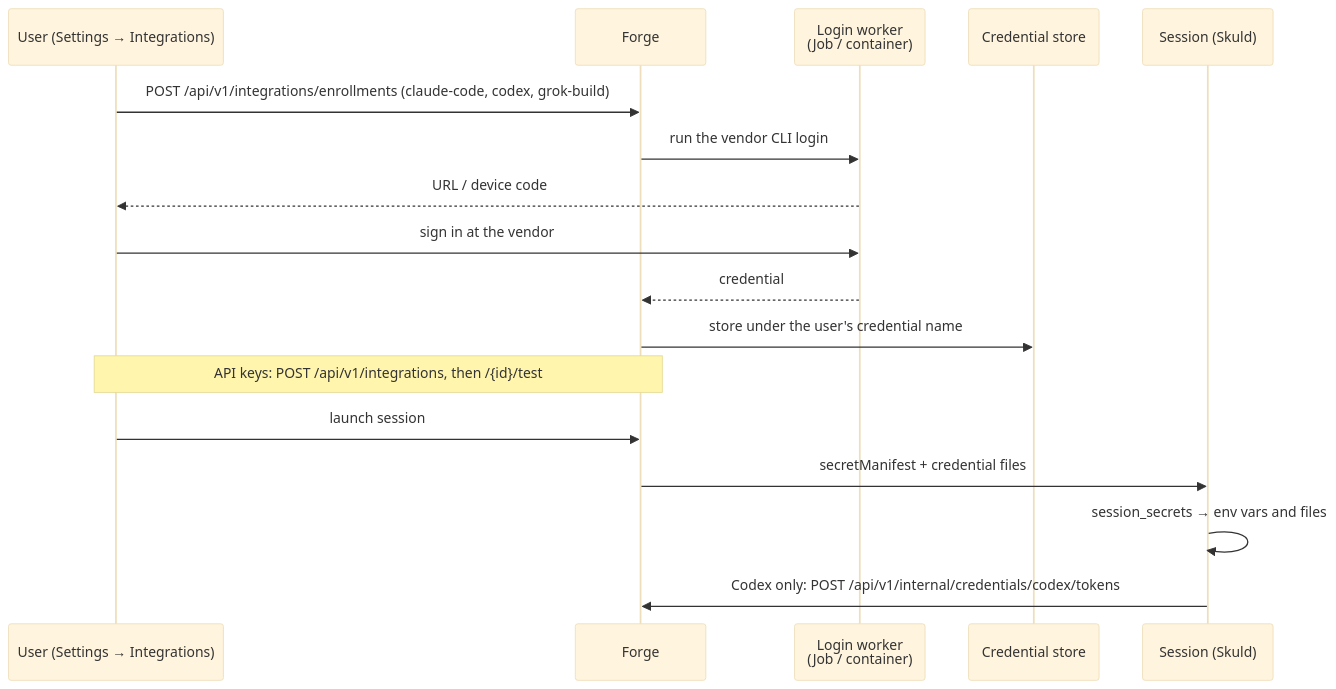
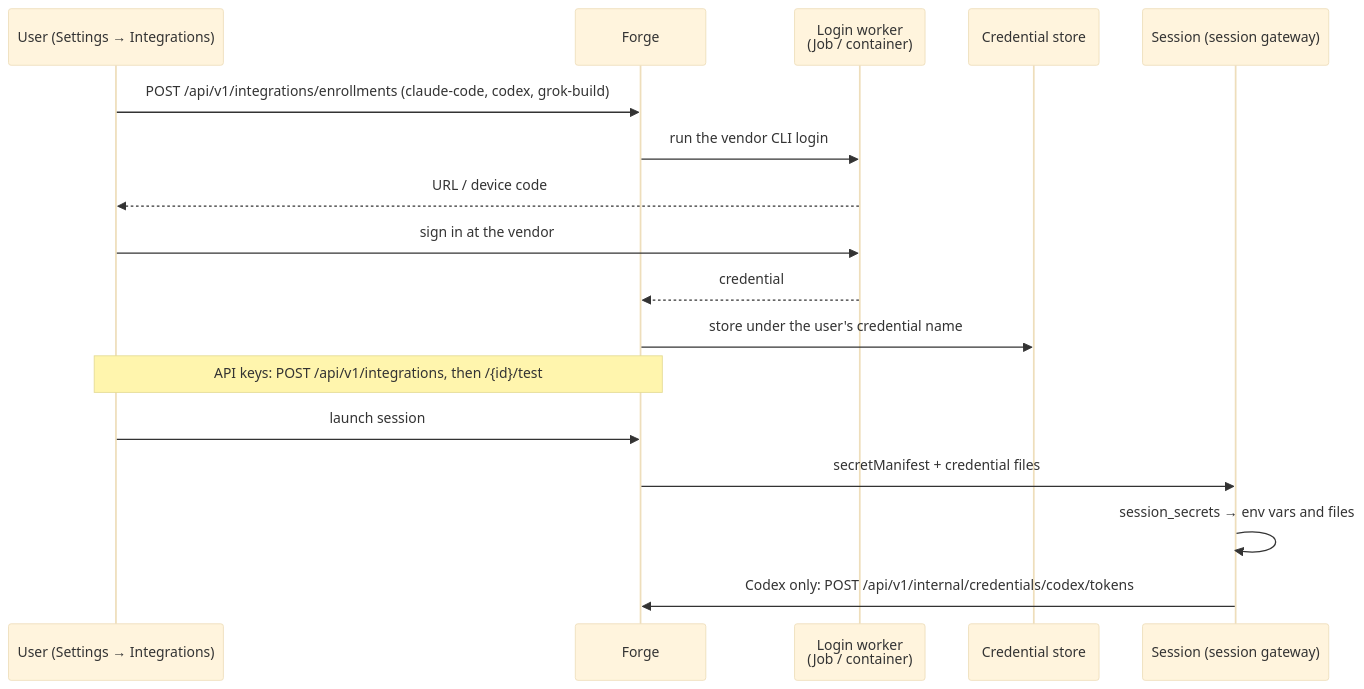
The diagram in docs/site/architecture/models/connections.md (niuulabs/niuu), drawn with Mermaid (base theme) before and after one commit. The commit also changed other lines of this file and 65 other files, not shown here.

````diff
--- a/docs/site/architecture/models/connections.md
+++ b/docs/site/architecture/models/connections.md
@@ -24,19 +24,19 @@
 ```mermaid
 sequenceDiagram
     participant U as User (Settings → Integrations)
     participant F as Forge
     participant W as Login worker<br/>(Job / container)
     participant S as Credential store
-    participant K as Session (Skuld)
+    participant K as Session (session gateway)
     U->>F: POST /api/v1/integrations/enrollments (claude-code, codex, grok-build)
     F->>W: run the vendor CLI login
     W-->>U: URL / device code
     U->>W: sign in at the vendor
     W-->>F: credential
     F->>S: store under the user's credential name
     Note over U,F: API keys: POST /api/v1/integrations, then /{id}/test
     U->>F: launch session
     F->>K: secretManifest + credential files
     K->>K: session_secrets → env vars and files
     K->>F: Codex only: POST /api/v1/internal/credentials/codex/tokens
 ```
````
